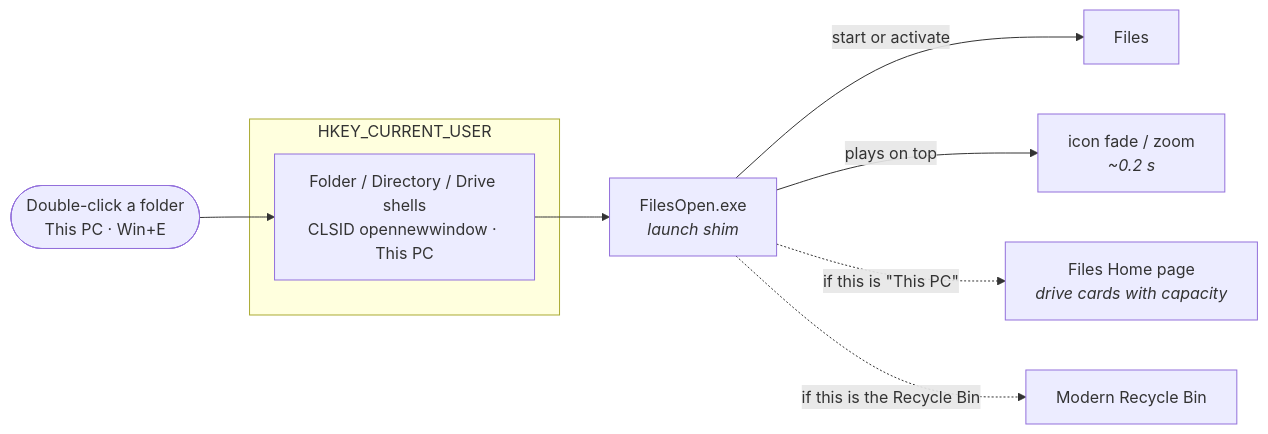
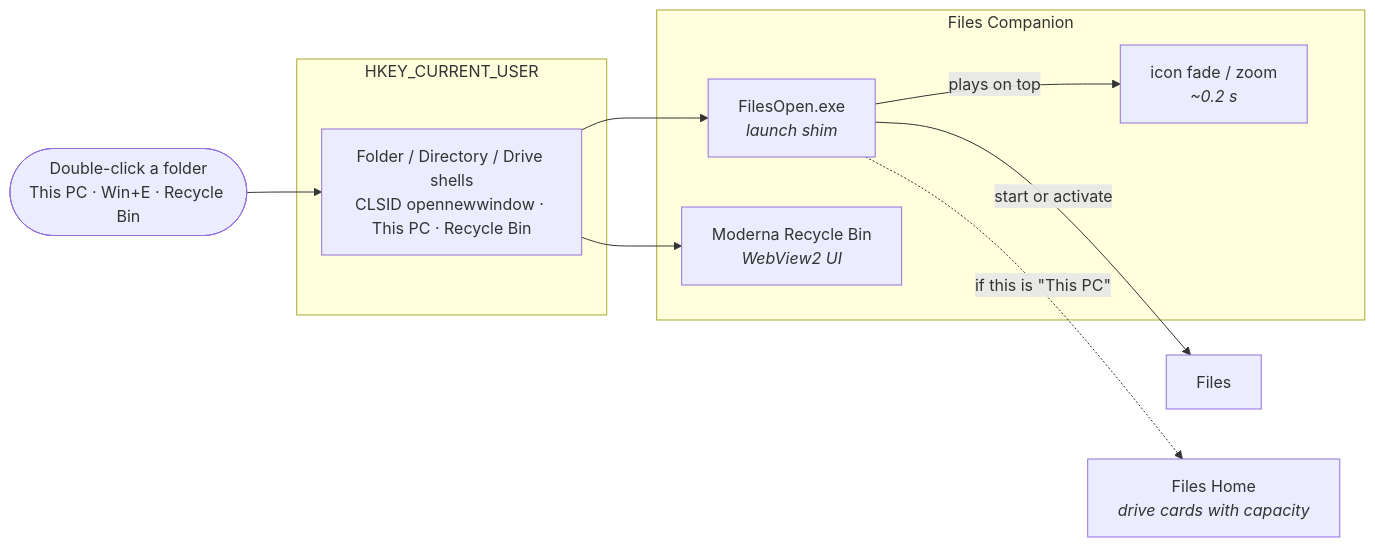
Before and after one commit to Dannyzzy/Files-Companion: the diagram in README.md, drawn with Mermaid. The commit also changed other lines of this file and 13 other files, not shown here.

First line of the commit message:
Bundle Modern Recycle Bin into the installer and ship as an all-in-one set

````diff
--- a/README.md
+++ b/README.md
@@ -98,15 +122,21 @@
 ```mermaid
 flowchart LR
-    USER(["Double-click a folder<br/>This PC · Win+E"])
+    USER(["Double-click a folder<br/>This PC · Win+E · Recycle Bin"])
 
     subgraph REG["HKEY_CURRENT_USER"]
-        KEYS["Folder / Directory / Drive shells<br/>CLSID opennewwindow · This PC"]
+        KEYS["Folder / Directory / Drive shells<br/>CLSID opennewwindow · This PC · Recycle Bin"]
+    end
+
+    subgraph SET["Files Companion"]
+        SHIM["FilesOpen.exe<br/><i>launch shim</i>"]
+        ANIM["icon fade / zoom<br/><i>~0.2 s</i>"]
+        RB["Moderna Recycle Bin<br/><i>WebView2 UI</i>"]
     end
 
     USER --> KEYS
-    KEYS --> SHIM["FilesOpen.exe<br/><i>launch shim</i>"]
+    KEYS --> SHIM
+    KEYS --> RB
     SHIM -->|"start or activate"| FILES["Files"]
-    SHIM -->|"plays on top"| ANIM["icon fade / zoom<br/><i>~0.2 s</i>"]
-    SHIM -.->|"if this is &quot;This PC&quot;"| HOME["Files Home page<br/><i>drive cards with capacity</i>"]
-    SHIM -.->|"if this is the Recycle Bin"| RB["Modern Recycle Bin"]
+    SHIM -->|"plays on top"| ANIM
+    SHIM -.->|"if this is &quot;This PC&quot;"| HOME["Files Home<br/><i>drive cards with capacity</i>"]
 ```
````
